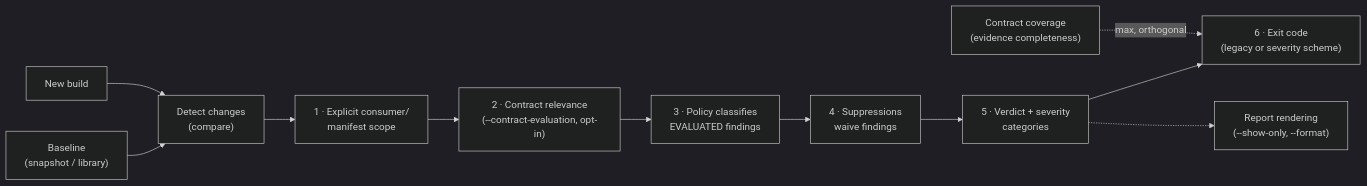
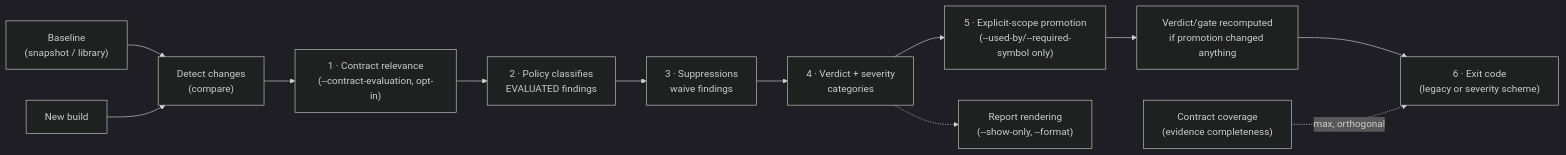
The diagram in docs/use/ci-gating.md (abicheck/abicheck), drawn with Mermaid (dark theme) before and after one commit. The commit also changed other lines of this file, not shown here.

First line of the commit message:
docs: fix ci-gating.md pipeline order and EVALUATED relevance set

````diff
--- a/docs/use/ci-gating.md
+++ b/docs/use/ci-gating.md
@@ -23,13 +23,14 @@
 ```mermaid
 flowchart LR
     B["Baseline<br/>(snapshot / library)"] --> D["Detect changes<br/>(compare)"]
     N["New build"] --> D
-    D --> SC["1 · Explicit consumer/<br/>manifest scope"]
-    SC --> CR["2 · Contract relevance<br/>(--contract-evaluation, opt-in)"]
-    CR --> P["3 · Policy classifies<br/>EVALUATED findings"]
-    P --> S["4 · Suppressions<br/>waive findings"]
-    S --> V["5 · Verdict + severity<br/>categories"]
-    V --> E["6 · Exit code<br/>(legacy or severity scheme)"]
+    D --> CR["1 · Contract relevance<br/>(--contract-evaluation, opt-in)"]
+    CR --> P["2 · Policy classifies<br/>EVALUATED findings"]
+    P --> S["3 · Suppressions<br/>waive findings"]
+    S --> V["4 · Verdict + severity<br/>categories"]
+    V --> PR["5 · Explicit-scope promotion<br/>(--used-by/--required-symbol only)"]
+    PR --> V2["Verdict/gate recomputed<br/>if promotion changed anything"]
+    V2 --> E["6 · Exit code<br/>(legacy or severity scheme)"]
     CC["Contract coverage<br/>(evidence completeness)"] -.->|max, orthogonal| E
     V -.-> R["Report rendering<br/>(--show-only, --format)"]
 ```
````
